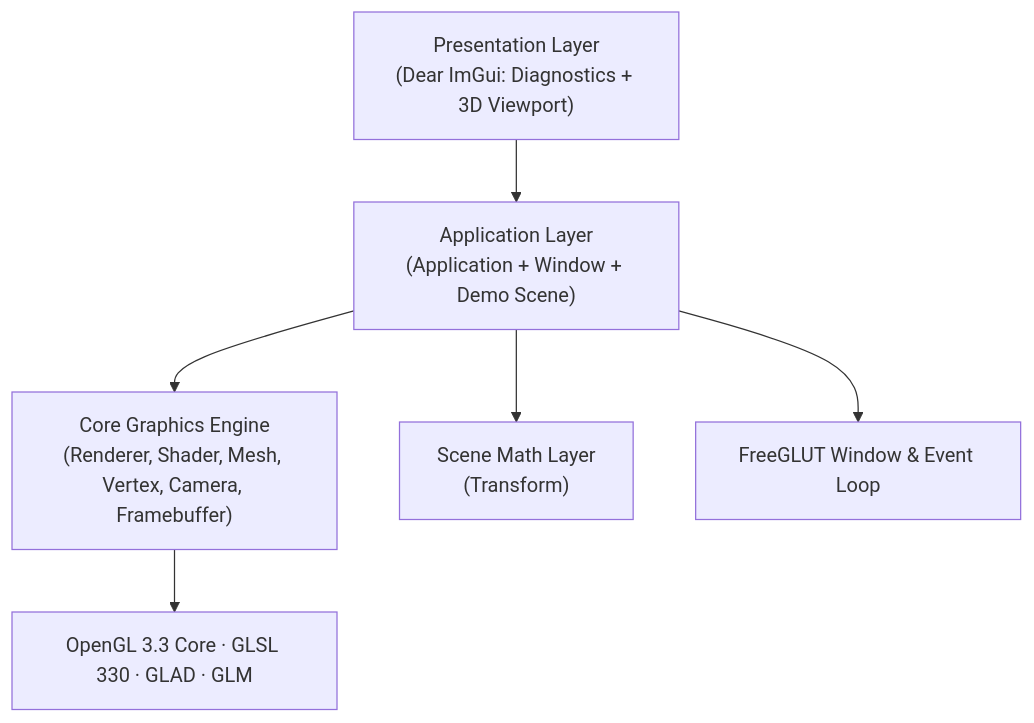
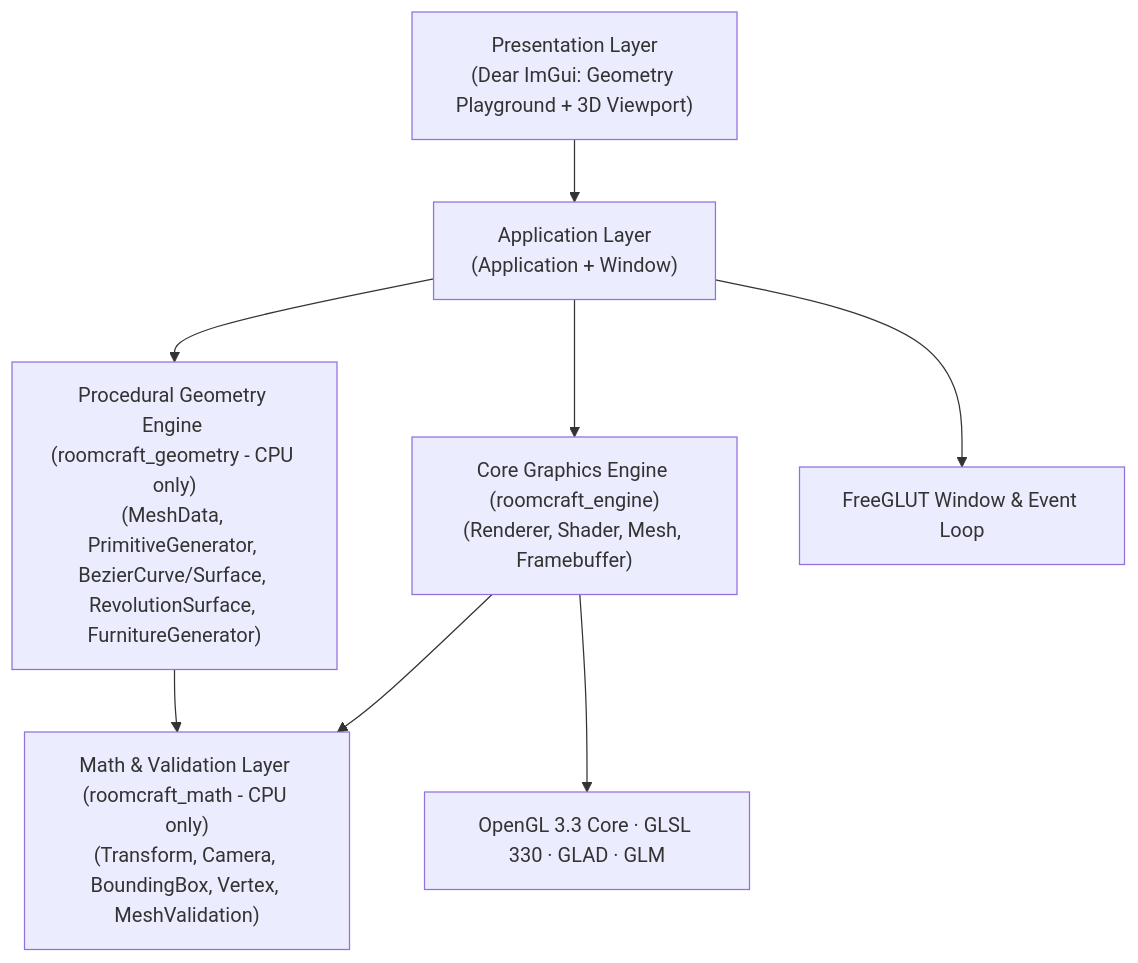
Before and after one commit to Eddy-hoang/Room-craft-3d: the first of 2 diagrams in docs/ARCHITECTURE.md, drawn with Mermaid. The commit also changed other lines of this file and 40 other files, not shown here.

Commit message:
M2 — Procedural Geometry & Modeling

````diff
--- a/docs/ARCHITECTURE.md
+++ b/docs/ARCHITECTURE.md
@@ -5,8 +5,10 @@
 ```mermaid
 flowchart TD
-    UI["Presentation Layer\n(Dear ImGui: Diagnostics + 3D Viewport)"] --> APP["Application Layer\n(Application + Window + Demo Scene)"]
-    APP --> GFX["Core Graphics Engine\n(Renderer, Shader, Mesh, Vertex, Camera, Framebuffer)"]
-    APP --> SCENE["Scene Math Layer\n(Transform)"]
+    UI["Presentation Layer\n(Dear ImGui: Geometry Playground + 3D Viewport)"] --> APP["Application Layer\n(Application + Window)"]
+    APP --> GFX["Core Graphics Engine (roomcraft_engine)\n(Renderer, Shader, Mesh, Framebuffer)"]
+    APP --> GEO["Procedural Geometry Engine (roomcraft_geometry - CPU only)\n(MeshData, PrimitiveGenerator, BezierCurve/Surface, RevolutionSurface, FurnitureGenerator)"]
+    GEO --> MATH["Math & Validation Layer (roomcraft_math - CPU only)\n(Transform, Camera, BoundingBox, Vertex, MeshValidation)"]
+    GFX --> MATH
     GFX --> GL["OpenGL 3.3 Core · GLSL 330 · GLAD · GLM"]
     APP --> GLUT["FreeGLUT Window & Event Loop"]
 ```
````
